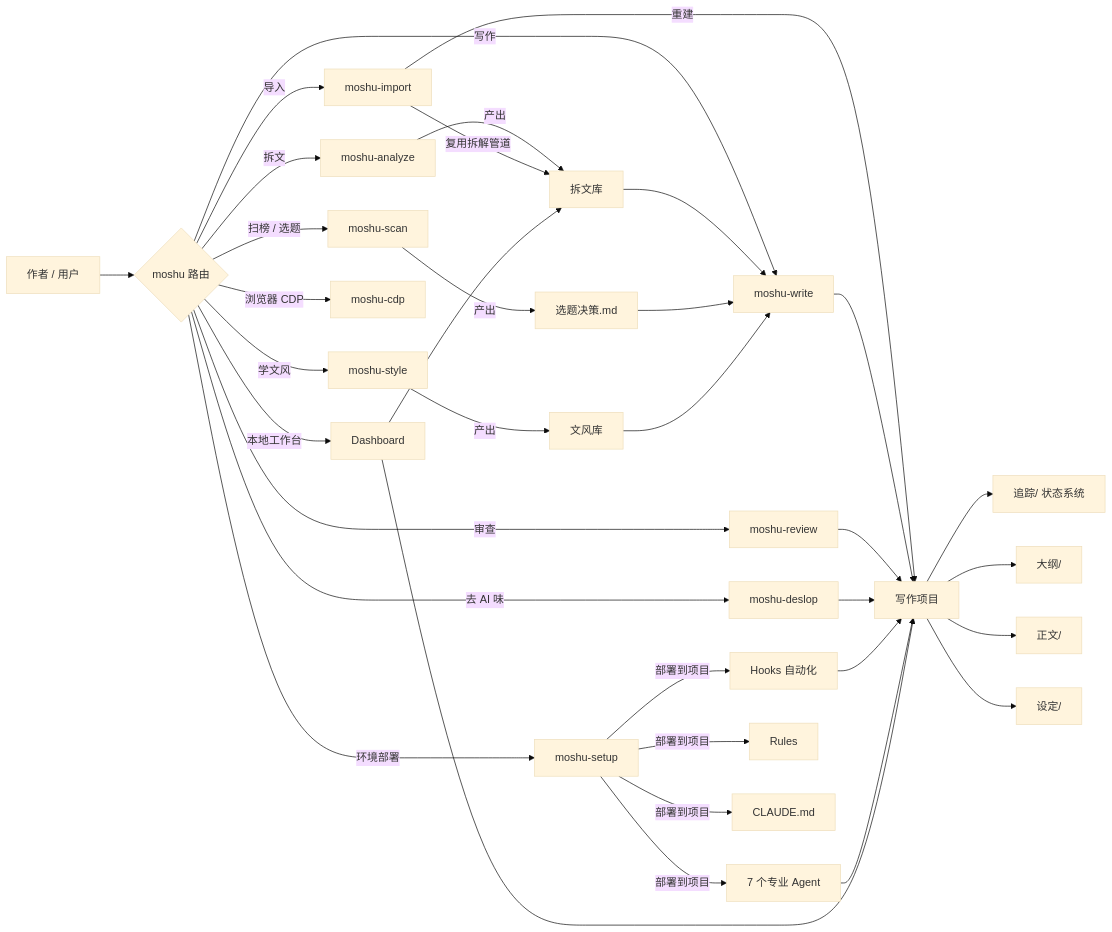
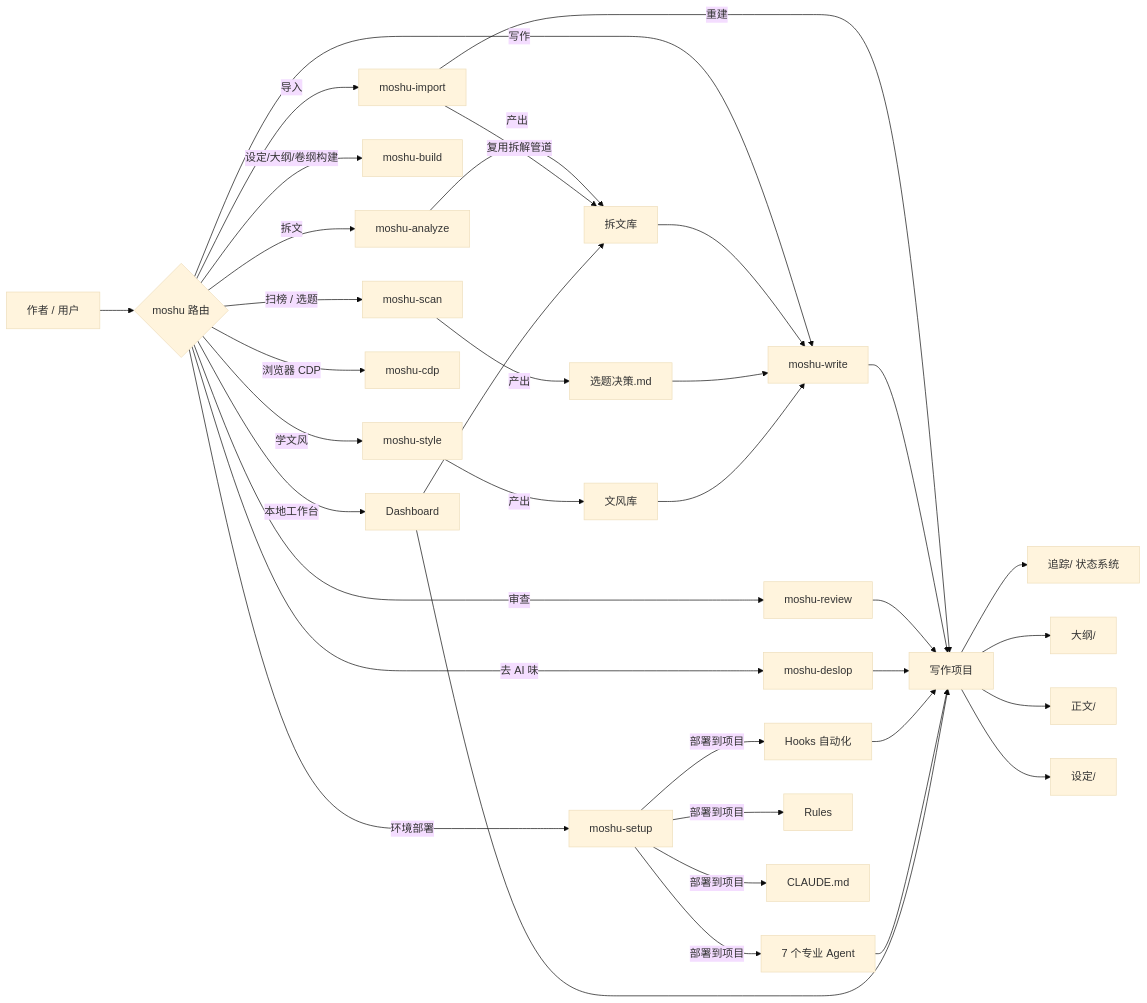
One commit to Chained1001/mo-shu changed the first of 4 diagrams in docs/architecture.md. Above: the diagram before and after it, drawn with Mermaid (base theme). The commit also changed 59 other files, not shown here.

Commit message:
feat(build): 批B1a 新建 moshu-build——开书/修订/开新卷三职责（workflow-build+revision-workflow+impact_scan），shared-assets 副本接线，marketplace/路由表/守卫四联动

````diff
--- a/docs/architecture.md
+++ b/docs/architecture.md
@@ -8,43 +8,44 @@
 ```mermaid
 flowchart LR
     U[作者 / 用户] --> R{moshu 路由}
 
     R -->|扫榜 / 选题| Scan[moshu-scan]
     R -->|拆文| Analyze[moshu-analyze]
     R -->|写作| Write[moshu-write]
+    R -->|设定/大纲/卷纲构建| Build[moshu-build]
     R -->|导入| Import[moshu-import]
     R -->|去 AI 味| Deslop[moshu-deslop]
     R -->|学文风| Style[moshu-style]
     R -->|审查| Review[moshu-review]
     R -->|环境部署| Setup[moshu-setup]
     R -->|浏览器 CDP| CDP[moshu-cdp]
     R -->|本地工作台| Dash[Dashboard]
 
     Setup -->|部署到项目| Hooks[Hooks 自动化]
     Setup -->|部署到项目| Agents[7 个专业 Agent]
     Setup -->|部署到项目| Rules[Rules]
     Setup -->|部署到项目| Claude[CLAUDE.md]
 
     Analyze -->|产出| Library[拆文库]
     Library --> Write
     Import -->|复用拆解管道| Library
     Import -->|重建| Project[写作项目]
     Scan -->|产出| Decision[选题决策.md]
     Decision --> Write
     Style -->|产出| StyleLib[文风库]
     StyleLib --> Write
 
     Write --> Project
     Review --> Project
     Deslop --> Project
 
     Project --> Tracking[追踪/ 状态系统]
     Project --> Outline[大纲/]
     Project --> Prose[正文/]
     Project --> Setting[设定/]
 
     Hooks --> Project
     Agents --> Project
     Dash --> Project
     Dash --> Library
 ```
````
